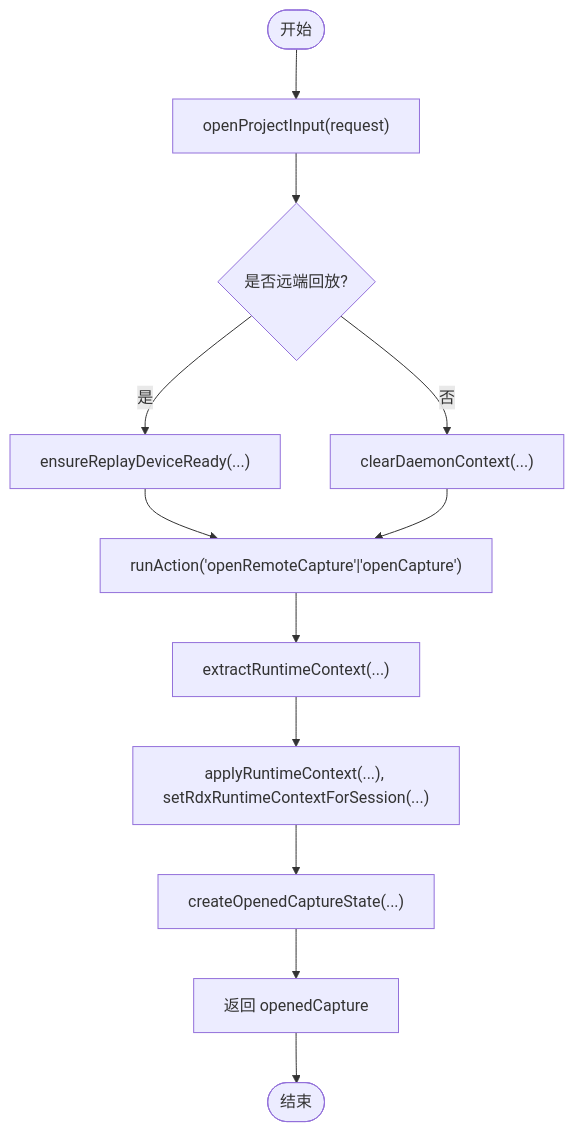
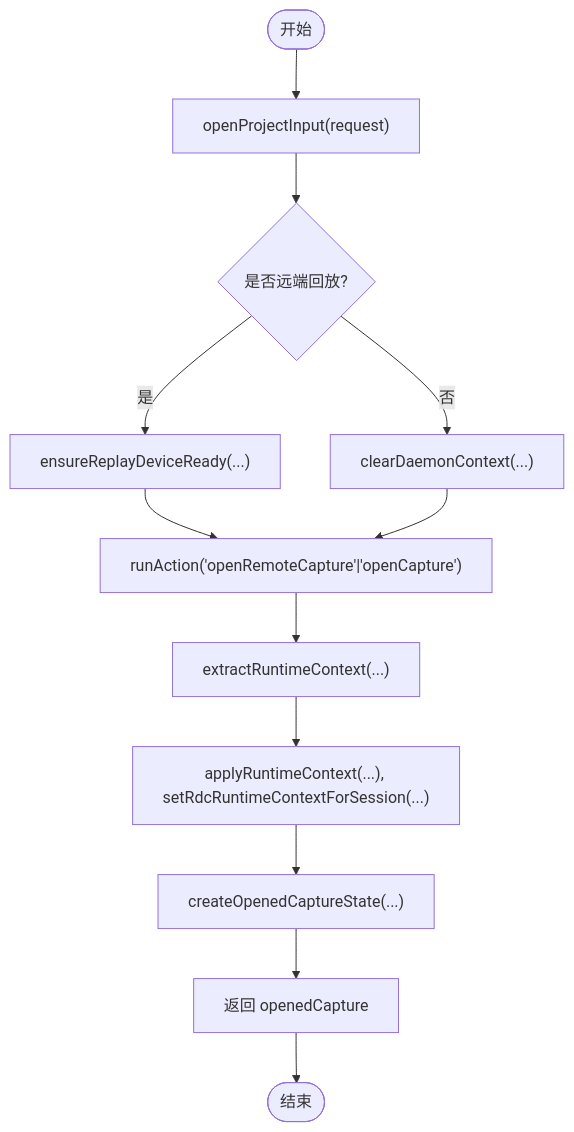
The fourth of 8 diagrams in .qoder/repowiki/zh/content/架构设计/渲染器架构/状态管理/会话状态管理.md (haolange/RDC-Agent), drawn with Mermaid before and after one commit. The commit also changed other lines of this file and 557 other files, not shown here.

````diff
--- a/.qoder/repowiki/zh/content/架构设计/渲染器架构/状态管理/会话状态管理.md
+++ b/.qoder/repowiki/zh/content/架构设计/渲染器架构/状态管理/会话状态管理.md
@@ -205,14 +205,14 @@
 ```mermaid
 flowchart TD
 Start(["开始"]) --> Open["openProjectInput(request)"]
 Open --> Prepare{"是否远端回放?"}
 Prepare --> |是| EnsureRemote["ensureReplayDeviceReady(...)"]
 Prepare --> |否| ClearCtx["clearDaemonContext(...)"]
 EnsureRemote --> RunOpen["runAction('openRemoteCapture'|'openCapture')"]
 ClearCtx --> RunOpen
 RunOpen --> Extract["extractRuntimeContext(...)"]
-Extract --> Apply["applyRuntimeContext(...), setRdxRuntimeContextForSession(...)"]
+Extract --> Apply["applyRuntimeContext(...), setRdcRuntimeContextForSession(...)"]
 Apply --> CreateOC["createOpenedCaptureState(...)"]
 CreateOC --> ReturnOC["返回 openedCapture"]
 ReturnOC --> End(["结束"])
 ```
````
